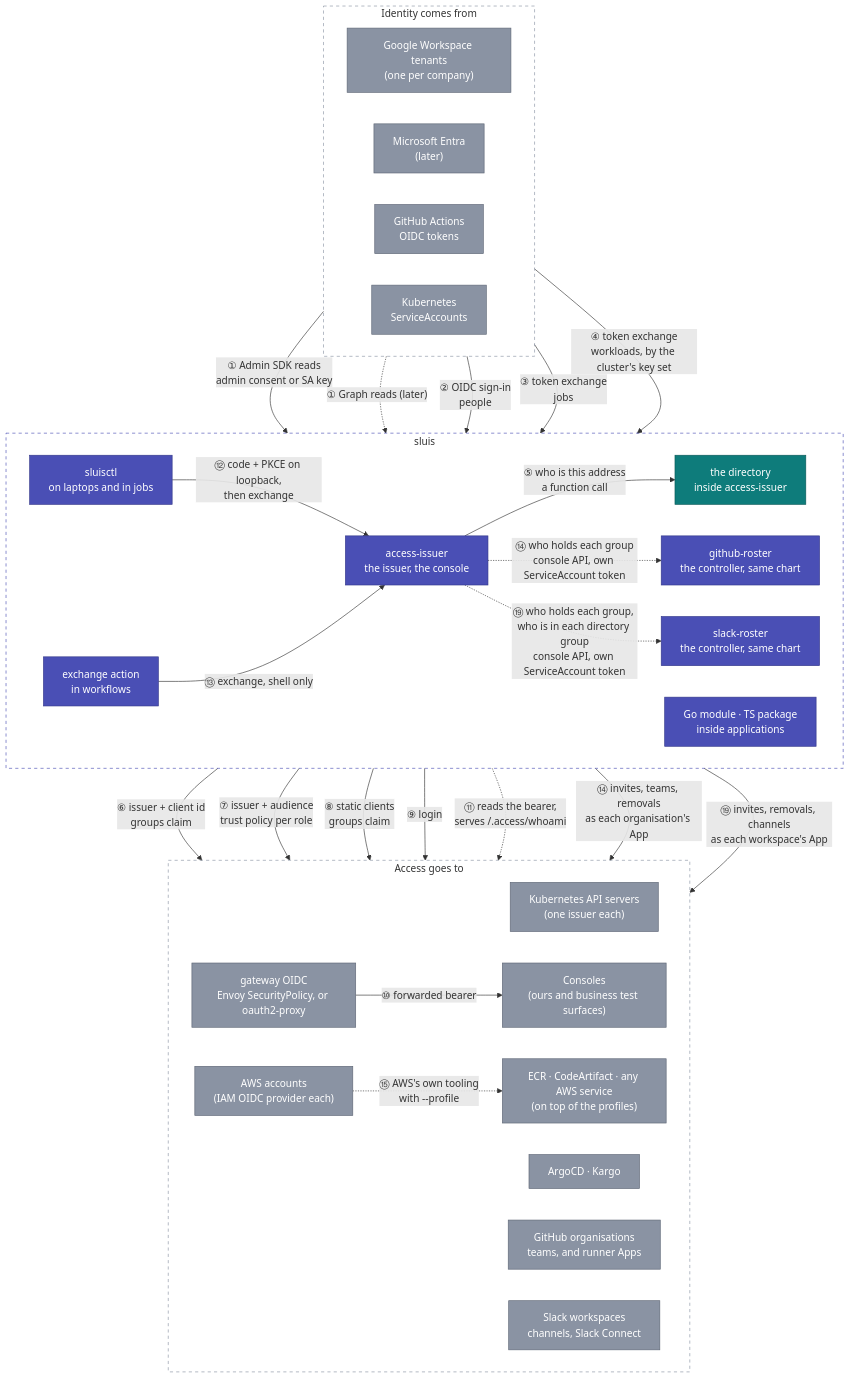
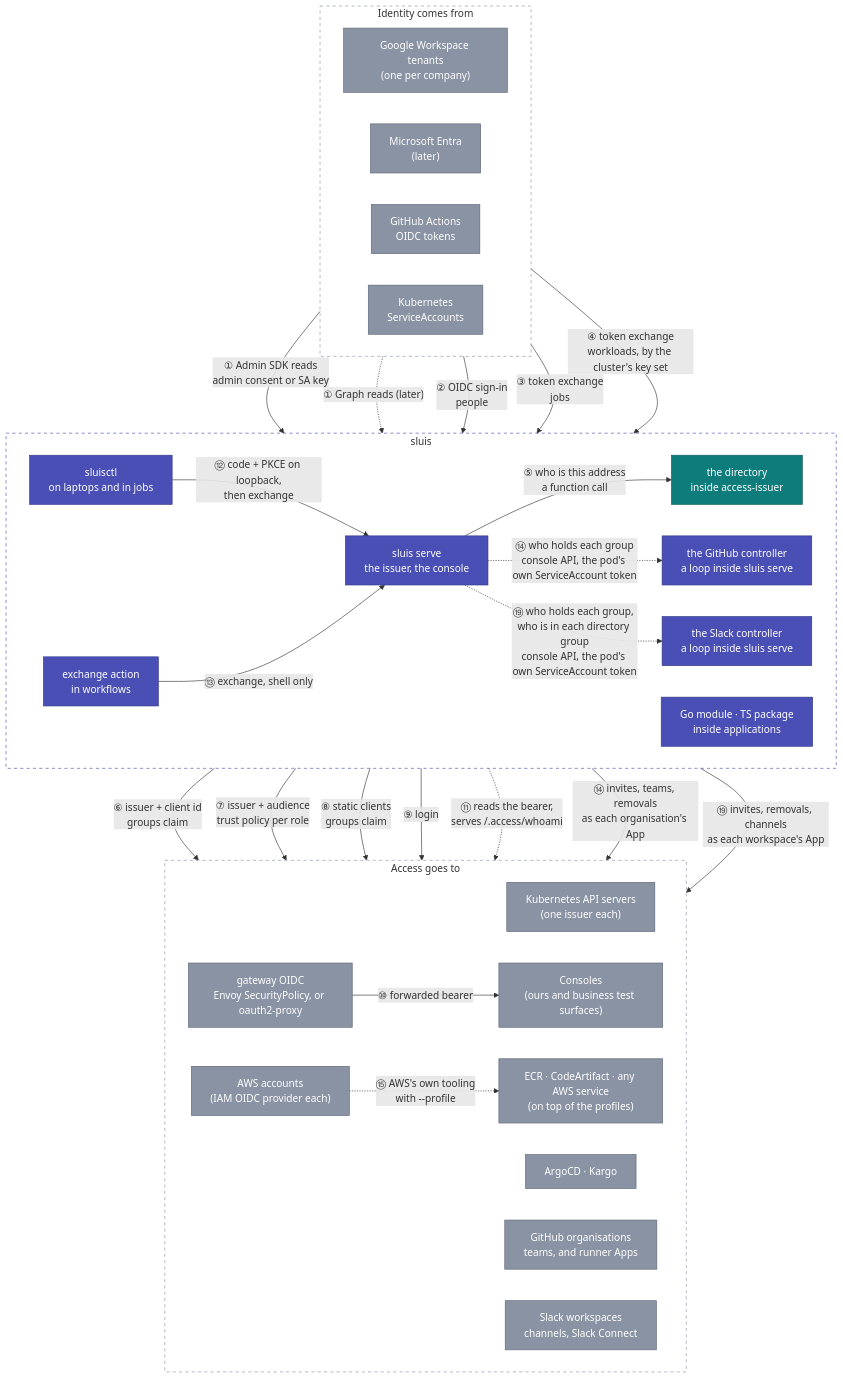
One commit to truvity/sluis changed the diagram in docs/integrations.md. Above: the diagram before and after it, drawn with Mermaid. The commit also changed other lines of this file and 13 other files, not shown here.

First line of the commit message:
docs: one process everywhere (v1.63): Lambda, chart, configuration, runbooks

````diff
--- a/docs/integrations.md
+++ b/docs/integrations.md
@@ -15,60 +15,60 @@
 ```mermaid
 flowchart TB
   subgraph in["Identity comes from"]
     direction LR
     gws["Google Workspace tenants<br/>(one per company)"]:::ext
     entra["Microsoft Entra<br/>(later)"]:::ext
     gh["GitHub Actions<br/>OIDC tokens"]:::ext
     sa["Kubernetes<br/>ServiceAccounts"]:::ext
   end
 
   subgraph ar["sluis"]
     direction LR
     hub["the directory<br/>inside access-issuer"]:::hub
-    iss["access-issuer<br/>the issuer, the console"]:::token
-    ghr["github-roster<br/>the controller, same chart"]:::token
-    slr["slack-roster<br/>the controller, same chart"]:::token
+    iss["sluis serve<br/>the issuer, the console"]:::token
+    ghr["the GitHub controller<br/>a loop inside sluis serve"]:::token
+    slr["the Slack controller<br/>a loop inside sluis serve"]:::token
     lib["Go module · TS package<br/>inside applications"]:::token
     ctl["sluisctl<br/>on laptops and in jobs"]:::token
     act["exchange action<br/>in workflows"]:::token
   end
 
   subgraph out["Access goes to"]
     direction LR
     eks["Kubernetes API servers<br/>(one issuer each)"]:::ext
     aws["AWS accounts<br/>(IAM OIDC provider each)"]:::ext
     argo["ArgoCD · Kargo"]:::ext
     proxy["gateway OIDC<br/>Envoy SecurityPolicy, or oauth2-proxy"]:::ext
     consoles["Consoles<br/>(ours and business test surfaces)"]:::ext
     ghteams["GitHub organisations<br/>teams, and runner Apps"]:::ext
     slack["Slack workspaces<br/>channels, Slack Connect"]:::ext
     reg["ECR · CodeArtifact · any AWS service<br/>(on top of the profiles)"]:::ext
   end
 
   gws -- "① Admin SDK reads<br/>admin consent or SA key" --> hub
   entra -. "① Graph reads (later)" .-> hub
   gws -- "② OIDC sign-in<br/>people" --> iss
   gh -- "③ token exchange<br/>jobs" --> iss
   sa -- "④ token exchange<br/>workloads, by the cluster's key set" --> iss
   iss -- "⑤ who is this address<br/>a function call" --> hub
   iss -- "⑥ issuer + client id<br/>groups claim" --> eks
   iss -- "⑦ issuer + audience<br/>trust policy per role" --> aws
   iss -- "⑧ static clients<br/>groups claim" --> argo
   iss -- "⑨ login" --> proxy
   proxy -- "⑩ forwarded bearer" --> consoles
   lib -. "⑪ reads the bearer,<br/>serves /.access/whoami" .-> consoles
   ctl -- "⑫ code + PKCE on loopback,<br/>then exchange" --> iss
   act -- "⑬ exchange, shell only" --> iss
-  iss -. "⑭ who holds each group<br/>console API, own ServiceAccount token" .-> ghr
+  iss -. "⑭ who holds each group<br/>console API, the pod's own ServiceAccount token" .-> ghr
   ghr -- "⑭ invites, teams, removals<br/>as each organisation's App" --> ghteams
-  iss -. "⑲ who holds each group, who is in each directory group<br/>console API, own ServiceAccount token" .-> slr
+  iss -. "⑲ who holds each group, who is in each directory group<br/>console API, the pod's own ServiceAccount token" .-> slr
   slr -- "⑲ invites, removals, channels<br/>as each workspace's App" --> slack
   aws -. "⑮ AWS's own tooling<br/>with --profile" .-> reg
 
   classDef ext fill:#8A93A3,stroke:#5E6675,color:#fff
   classDef hub fill:#0E7C7B,stroke:#0A5958,color:#fff
   classDef token fill:#4A4FB5,stroke:#33378A,color:#fff
   style in fill:none,stroke:#8A93A3,stroke-dasharray:5 5
   style out fill:none,stroke:#8A93A3,stroke-dasharray:5 5
   style ar fill:none,stroke:#4A4FB5,stroke-dasharray:5 5
 ```
````
